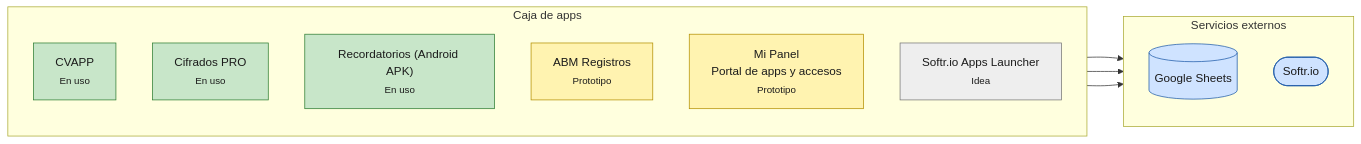
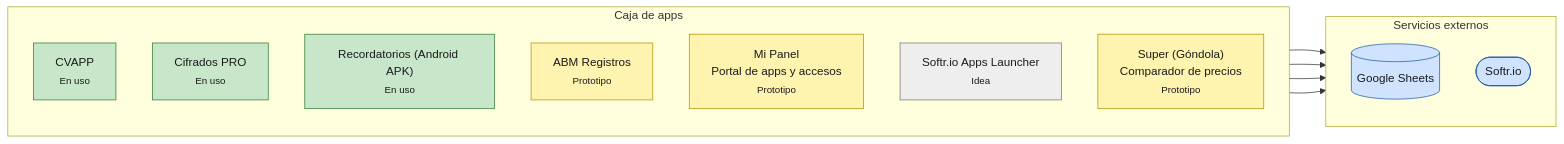
The diagram in mapa-apps.md (luchorcompartidos/home), drawn with Mermaid before and after one commit. The commit also changed other lines of this file and 1 other file, not shown here.

Commit message:
Mapa de apps: suma Super (Góndola) [patch]
Claude-Session: https://claude.ai/code/session_01X9Q5DNjbSVDdaaNLHviaVL

````diff
--- a/mapa-apps.md
+++ b/mapa-apps.md
@@ -3,32 +3,34 @@
 ```mermaid
 flowchart LR
     subgraph CAJA["Caja de apps"]
         direction TB
         CV["CVAPP<br/><small>En uso</small>"]
         CIF["Cifrados PRO<br/><small>En uso</small>"]
         REC["Recordatorios (Android APK)<br/><small>En uso</small>"]
         ABM["ABM Registros<br/><small>Prototipo</small>"]
         PANEL["Mi Panel<br/>Portal de apps y accesos<br/><small>Prototipo</small>"]
         SOFTRL["Softr.io Apps Launcher<br/><small>Idea</small>"]
+        SUPER["Super (Góndola)<br/>Comparador de precios<br/><small>Prototipo</small>"]
     end
 
     subgraph EXT["Servicios externos"]
         direction TB
         GS[("Google Sheets")]
         SOFTR(["Softr.io"])
     end
 
     ABM --> GS
     PANEL --> GS
+    SUPER --> GS
     SOFTRL --> SOFTR
 
     classDef enuso fill:#c8e6c9,stroke:#2e7d32,color:#1b1b1b
     classDef prototipo fill:#fff3b0,stroke:#b38f00,color:#1b1b1b
     classDef idea fill:#eeeeee,stroke:#757575,color:#1b1b1b
     classDef servicio fill:#cfe3ff,stroke:#1e5aa8,color:#1b1b1b
 
     class CV,CIF,REC enuso
-    class ABM,PANEL prototipo
+    class ABM,PANEL,SUPER prototipo
     class SOFTRL idea
     class GS,SOFTR servicio
 ```
````
